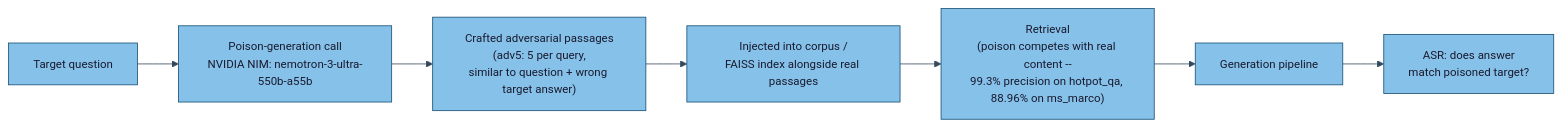
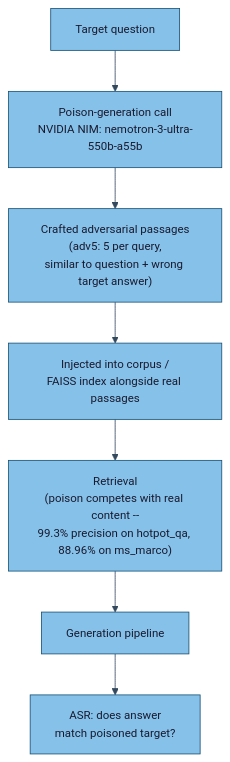
The fifth of 14 diagrams in docs/THESIS_ARCHITECTURE.md (Simarjit1303/rag-adversarial-robustness), drawn with Mermaid before and after one commit. The commit also changed other lines of this file, not shown here.

First line of the commit message:
Restructure THESIS_ARCHITECTURE.md around a master diagram

````diff
--- a/docs/THESIS_ARCHITECTURE.md
+++ b/docs/THESIS_ARCHITECTURE.md
@@ -143,10 +186,10 @@
 ```mermaid
 %%{init: {'theme':'base','themeVariables':{'primaryColor':'#85c1e9','primaryTextColor':'#1a1a2e','primaryBorderColor':'#1a5276','lineColor':'#34495e','secondaryColor':'#85c1e9','secondaryTextColor':'#1a1a2e','secondaryBorderColor':'#1a5276','tertiaryColor':'#85c1e9','tertiaryTextColor':'#1a1a2e','tertiaryBorderColor':'#1a5276','edgeLabelBackground':'#ffffff','clusterBkg':'#d6eaf8','clusterBorder':'#1a5276','titleColor':'#1a1a2e','textColor':'#1a1a2e','fontSize':'14px'}}}%%
-flowchart LR
+flowchart TD
     Q["Target question"] --> GENCALL["Poison-generation call<br/>NVIDIA NIM: nemotron-3-ultra-550b-a55b"]
     GENCALL --> POISON["Crafted adversarial passages<br/>(adv5: 5 per query,<br/>similar to question + wrong target answer)"]
     POISON --> CORPUS["Injected into corpus /<br/>FAISS index alongside real passages"]
     CORPUS --> RETRIEVE["Retrieval<br/>(poison competes with real content --<br/>99.3% precision on hotpot_qa, 88.96% on ms_marco)"]
     RETRIEVE --> GEN["Generation pipeline"]
     GEN --> SCORE["ASR: does answer<br/>match poisoned target?"]
 ```
````
